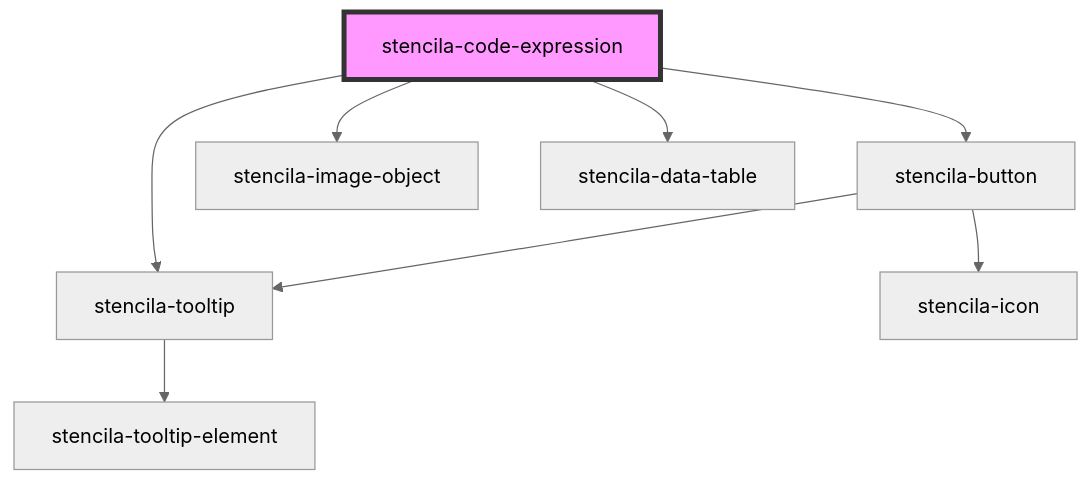
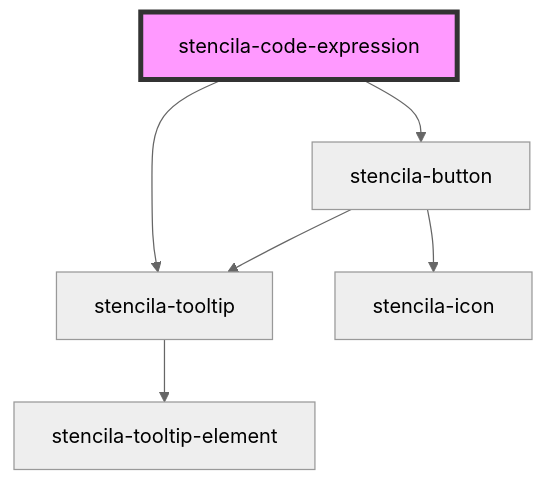
One commit to stencila/designa changed the diagram in packages/components/src/components/codeExpression/readme.md. Above: the diagram before and after it, drawn with Mermaid (neutral theme). The commit also changed other lines of this file and 15 other files, not shown here.

First line of the commit message:
fix(NodeList): Fix rendering of NodeList items, CodeExpression usage

````diff
--- a/packages/components/src/components/codeExpression/readme.md
+++ b/packages/components/src/components/codeExpression/readme.md
@@ -58,11 +64,9 @@
 ```mermaid
 graph TD;
   stencila-code-expression --> stencila-button
   stencila-code-expression --> stencila-tooltip
-  stencila-code-expression --> stencila-image-object
-  stencila-code-expression --> stencila-data-table
   stencila-button --> stencila-icon
   stencila-button --> stencila-tooltip
   stencila-tooltip --> stencila-tooltip-element
   style stencila-code-expression fill:#f9f,stroke:#333,stroke-width:4px
 ```
````
